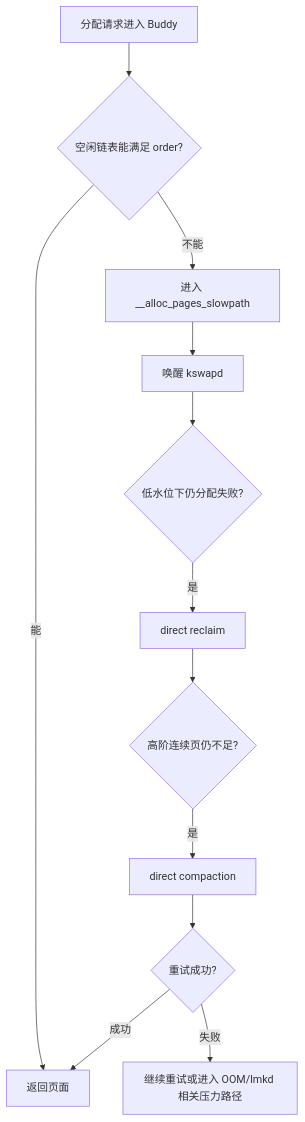
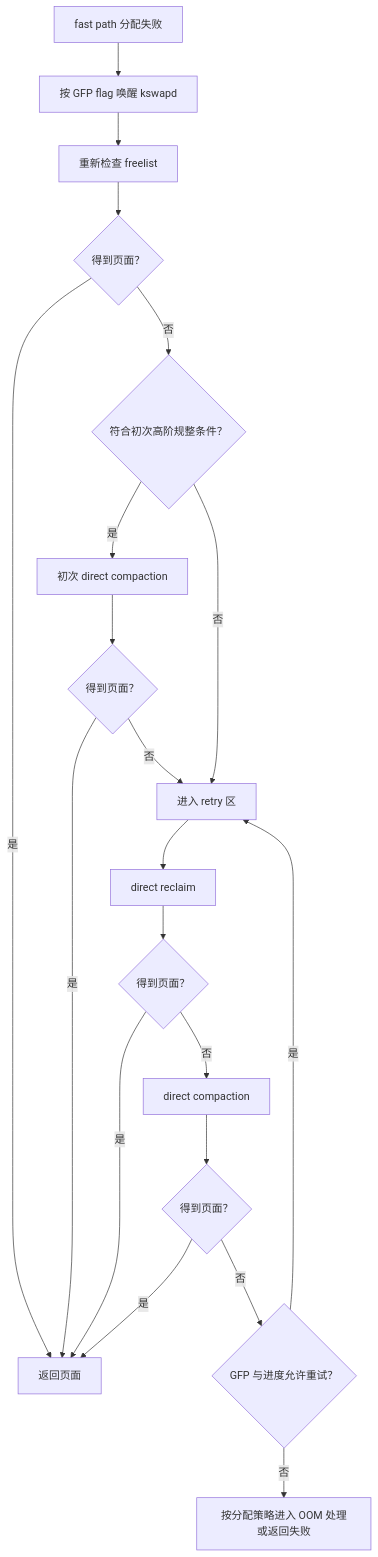
Before and after one commit to Gracker/android-internals-wiki: the diagram in src/part1-fundamentals/ch04-memory/10-memory-compaction-direct-reclaim.md, drawn with Mermaid. The commit also changed other lines of this file, not shown here.

Commit message:
docs(memory): review compaction and reclaim for Android 17

````diff
--- a/src/part1-fundamentals/ch04-memory/10-memory-compaction-direct-reclaim.md
+++ b/src/part1-fundamentals/ch04-memory/10-memory-compaction-direct-reclaim.md
@@ -178,14 +195,22 @@
 ```mermaid
 flowchart TD
-    A[分配请求进入 Buddy] --> B{空闲链表能满足 order?}
-    B -- 能 --> C[返回页面]
-    B -- 不能 --> D[进入 __alloc_pages_slowpath]
-    D --> E[唤醒 kswapd]
-    E --> F{低水位下仍分配失败?}
-    F -- 是 --> G[direct reclaim]
-    G --> H{高阶连续页仍不足?}
-    H -- 是 --> I[direct compaction]
-    I --> J{重试成功?}
-    J -- 成功 --> C
-    J -- 失败 --> K[继续重试或进入 OOM/lmkd 相关压力路径]
+    A["fast path 分配失败"] --> B["按 GFP flag 唤醒 kswapd"]
+    B --> C["重新检查 freelist"]
+    C --> D{"得到页面？"}
+    D -- "是" --> Z["返回页面"]
+    D -- "否" --> E{"符合初次高阶规整条件？"}
+    E -- "是" --> F["初次 direct compaction"]
+    F --> G{"得到页面？"}
+    G -- "是" --> Z
+    G -- "否" --> H["进入 retry 区"]
+    E -- "否" --> H
+    H --> I["direct reclaim"]
+    I --> J{"得到页面？"}
+    J -- "是" --> Z
+    J -- "否" --> K["direct compaction"]
+    K --> L{"得到页面？"}
+    L -- "是" --> Z
+    L -- "否" --> M{"GFP 与进度允许重试？"}
+    M -- "是" --> H
+    M -- "否" --> N["按分配策略进入 OOM 处理或返回失败"]
 ```
````
